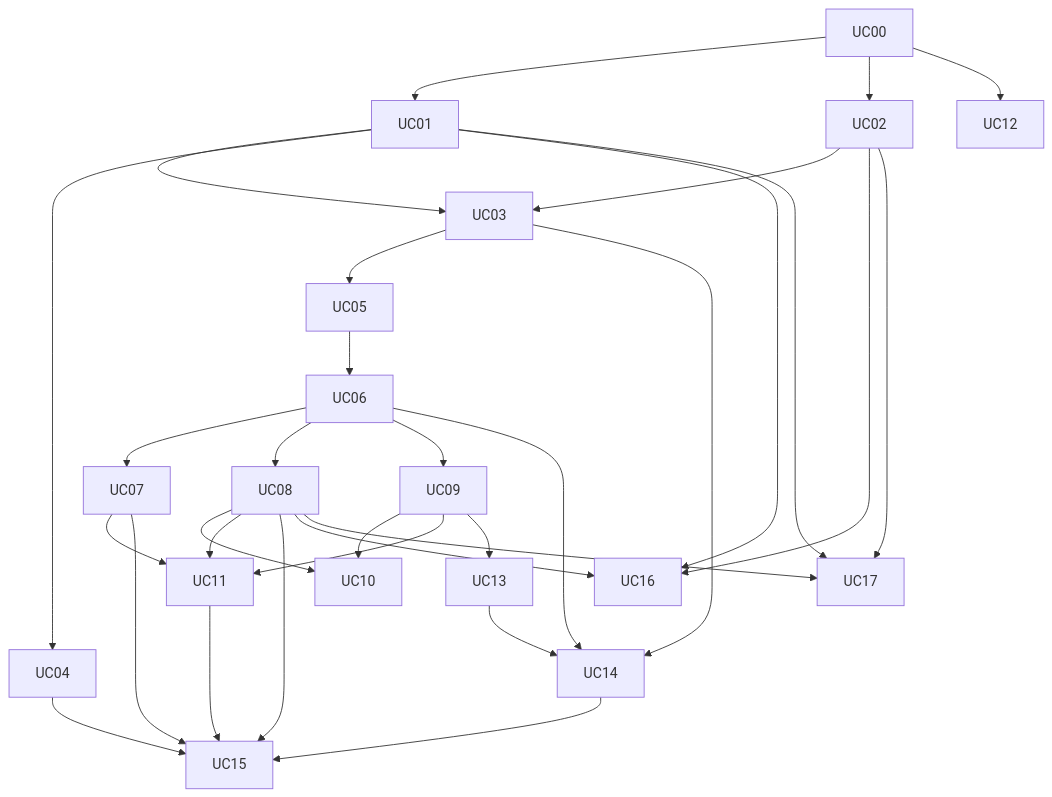
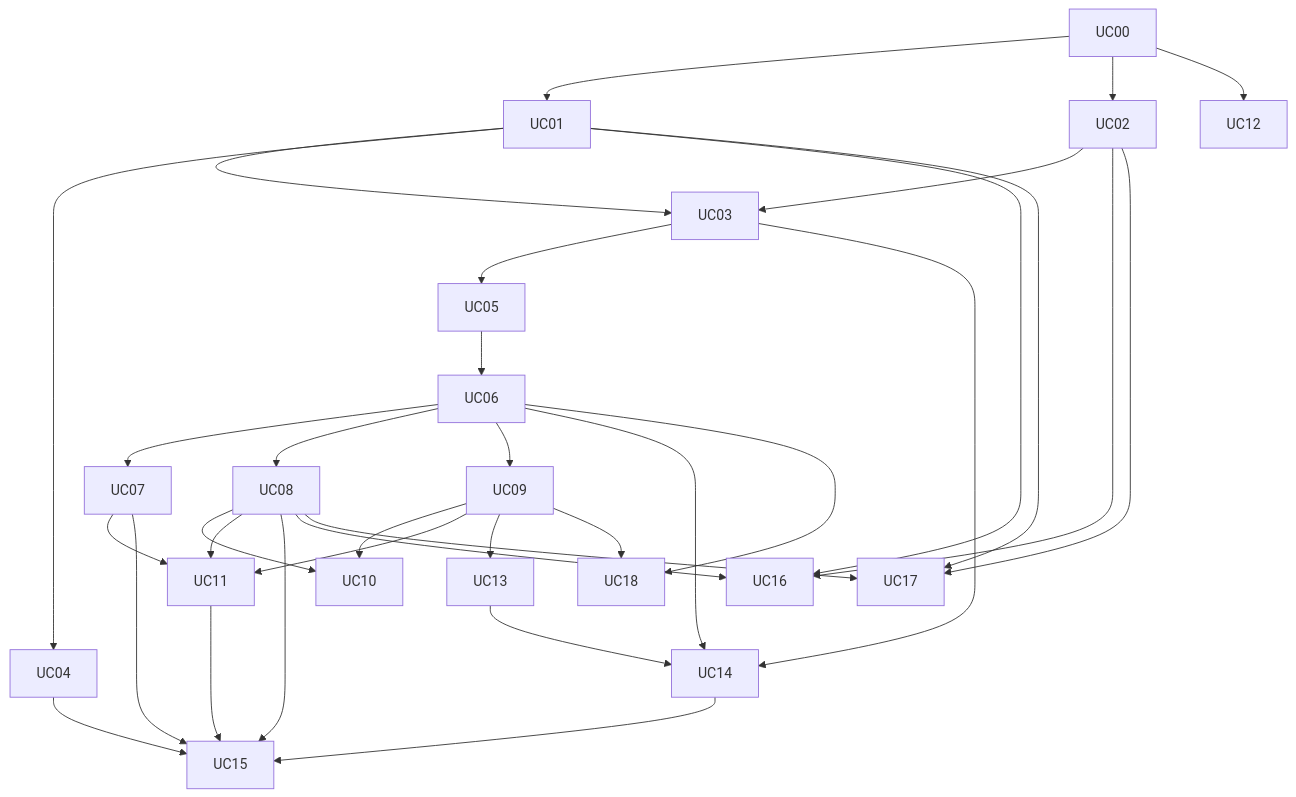
Before and after one commit to jsoladur/monthly-expenses: the diagram in docs/usecases/UC-INDEX.md, drawn with Mermaid. The commit also changed other lines of this file and 21 other files, not shown here.

````diff
--- a/docs/usecases/UC-INDEX.md
+++ b/docs/usecases/UC-INDEX.md
@@ -45,16 +46,17 @@
 ```mermaid
 flowchart TD
     UC00 --> UC01 --> UC03 --> UC05 --> UC06
     UC00 --> UC02 --> UC03
     UC01 --> UC04
     UC06 --> UC07 & UC08 & UC09
     UC08 & UC09 --> UC10
     UC07 & UC08 & UC09 --> UC11
     UC09 --> UC13
     UC03 & UC06 --> UC14
     UC13 --> UC14
     UC00 --> UC12
     UC04 & UC07 & UC08 & UC11 & UC14 --> UC15
     UC01 & UC02 & UC08 --> UC16
     UC01 & UC02 & UC08 --> UC17
+    UC06 & UC09 --> UC18
 ```
````
